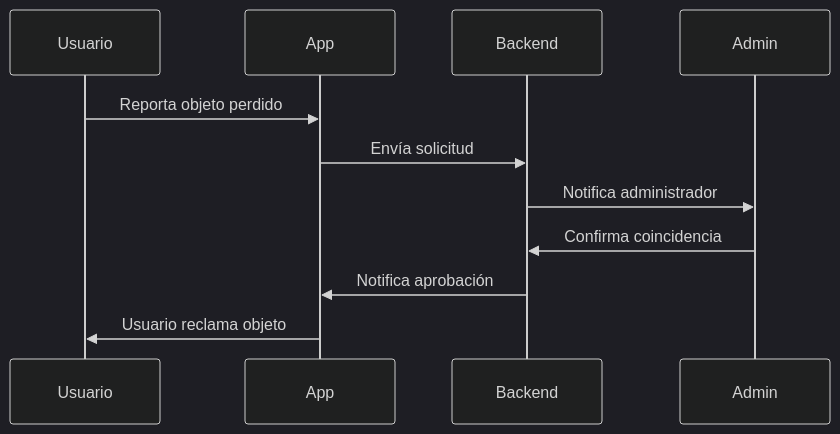
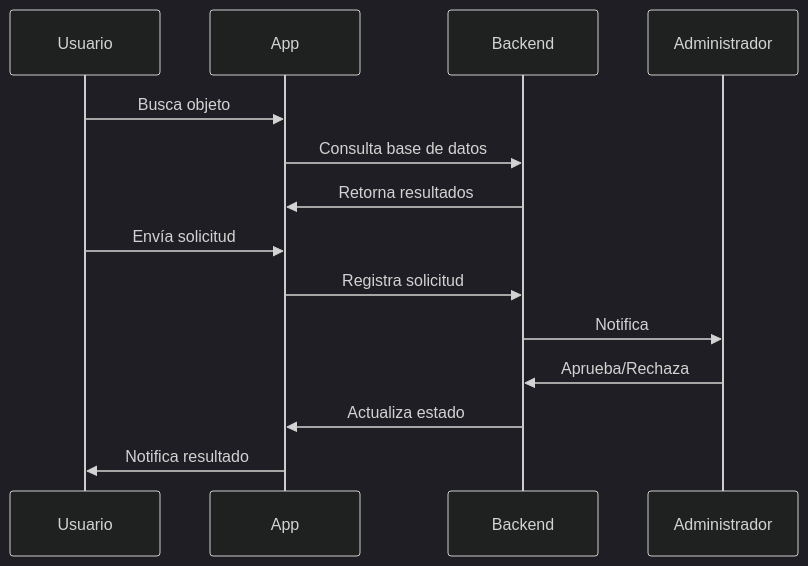
The second of 2 diagrams in samuel/README.md (MatizS27/mobile-app-project), drawn with Mermaid (dark theme) before and after one commit. The commit also changed other lines of this file, not shown here.

````diff
--- a/samuel/README.md
+++ b/samuel/README.md
@@ -56,14 +133,17 @@
 ``` mermaid
 sequenceDiagram
     participant U as Usuario
     participant A as App
     participant B as Backend
-    participant D as Admin
+    participant D as Administrador
 
-    U->>A: Reporta objeto perdido
-    A->>B: Envía solicitud
-    B->>D: Notifica administrador
-    D->>B: Confirma coincidencia
-    B->>A: Notifica aprobación
-    A->>U: Usuario reclama objeto
+    U->>A: Busca objeto
+    A->>B: Consulta base de datos
+    B->>A: Retorna resultados
+    U->>A: Envía solicitud
+    A->>B: Registra solicitud
+    B->>D: Notifica
+    D->>B: Aprueba/Rechaza
+    B->>A: Actualiza estado
+    A->>U: Notifica resultado
 ```
````
